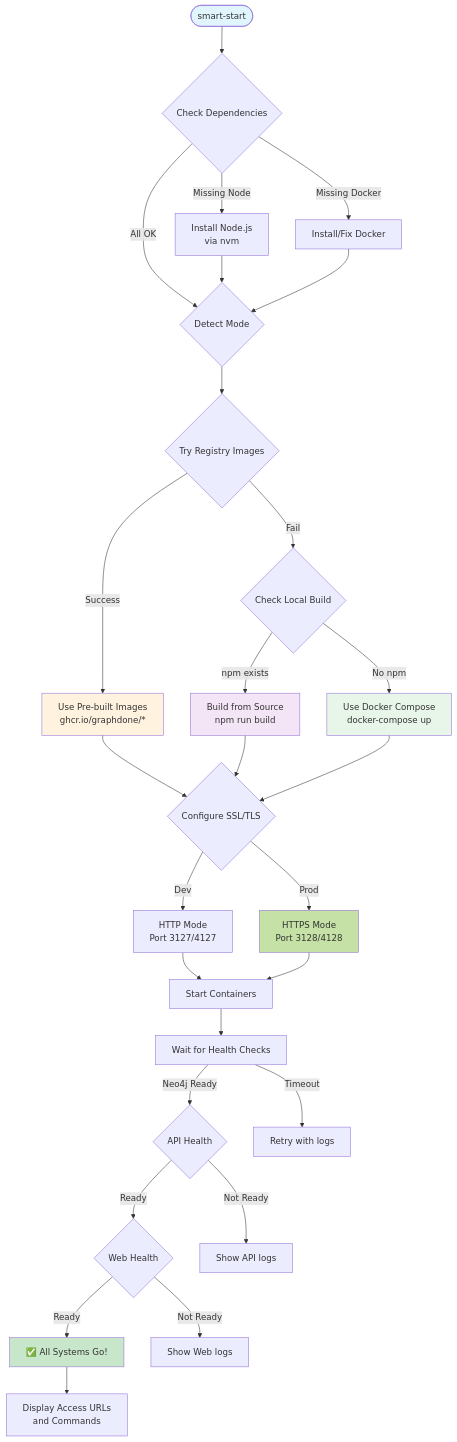
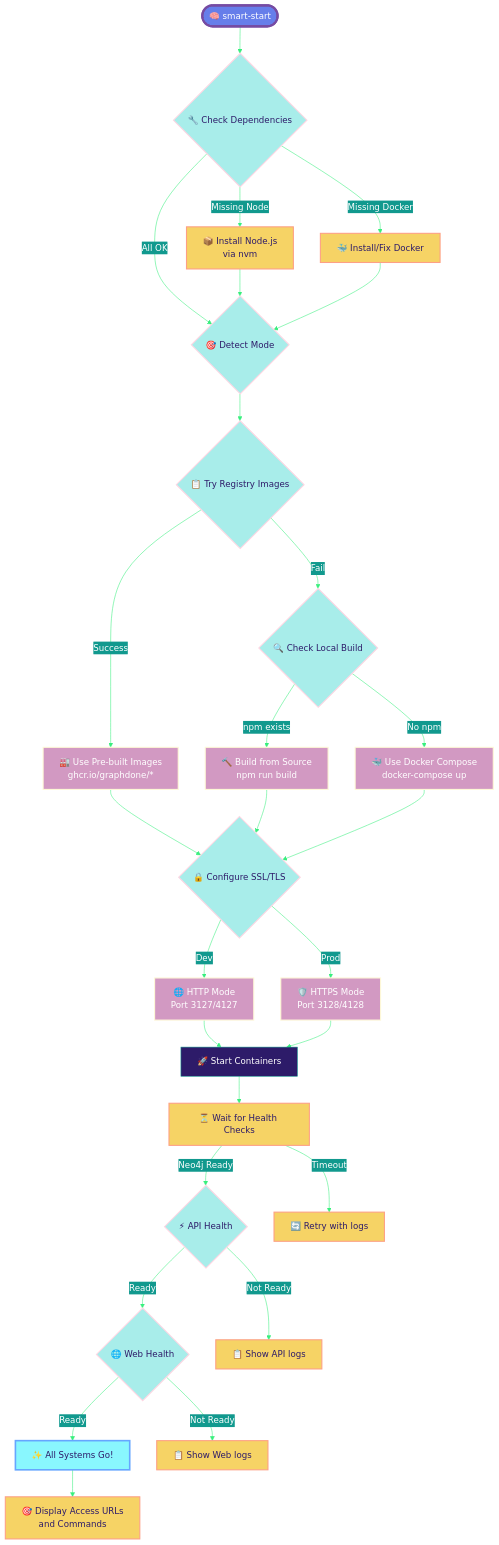
The second of 6 diagrams in docs/installation-flow.md (GraphDone/GraphDone-Core), drawn with Mermaid before and after one commit. The commit also changed other lines of this file, not shown here.

First line of the commit message:
✨ Transform Mermaid diagrams with modern professional styling

````diff
--- a/docs/installation-flow.md
+++ b/docs/installation-flow.md
@@ -52,49 +76,71 @@
 ```mermaid
+%%{init: {
+  'theme': 'base',
+  'themeVariables': {
+    'primaryColor': '#2d1b69',
+    'primaryTextColor': '#ffffff',
+    'primaryBorderColor': '#11998e',
+    'lineColor': '#38ef7d',
+    'secondaryColor': '#11998e',
+    'tertiaryColor': '#38ef7d',
+    'background': '#0f0f23',
+    'mainBkg': '#2d1b69',
+    'secondBkg': '#11998e',
+    'tertiaryBkg': '#38ef7d'
+  }
+}}%%
+
 flowchart TD
-    Start([smart-start]) --> CheckDeps{Check Dependencies}
+    Start([🧠 smart-start]) --> CheckDeps{🔧 Check Dependencies}
     
-    CheckDeps -->|Missing Node| InstallNode[Install Node.js<br/>via nvm]
-    CheckDeps -->|Missing Docker| InstallDocker[Install/Fix Docker]
-    CheckDeps -->|All OK| CheckMode{Detect Mode}
+    CheckDeps -->|Missing Node| InstallNode[📦 Install Node.js<br/>via nvm]
+    CheckDeps -->|Missing Docker| InstallDocker[🐳 Install/Fix Docker]
+    CheckDeps -->|All OK| CheckMode{🎯 Detect Mode}
     
     InstallNode --> CheckMode
     InstallDocker --> CheckMode
     
-    CheckMode --> TryRegistry{Try Registry Images}
+    CheckMode --> TryRegistry{📋 Try Registry Images}
     
-    TryRegistry -->|Success| RegistryMode[Use Pre-built Images<br/>ghcr.io/graphdone/*]
-    TryRegistry -->|Fail| CheckLocal{Check Local Build}
+    TryRegistry -->|Success| RegistryMode[🏭 Use Pre-built Images<br/>ghcr.io/graphdone/*]
+    TryRegistry -->|Fail| CheckLocal{🔍 Check Local Build}
     
-    CheckLocal -->|npm exists| LocalMode[Build from Source<br/>npm run build]
-    CheckLocal -->|No npm| DockerMode[Use Docker Compose<br/>docker-compose up]
+    CheckLocal -->|npm exists| LocalMode[🔨 Build from Source<br/>npm run build]
+    CheckLocal -->|No npm| DockerMode[🐳 Use Docker Compose<br/>docker-compose up]
     
     RegistryMode --> ConfigureSSL
     LocalMode --> ConfigureSSL
-    DockerMode --> ConfigureSSL{Configure SSL/TLS}
+    DockerMode --> ConfigureSSL{🔒 Configure SSL/TLS}
     
-    ConfigureSSL -->|Dev| HTTPMode[HTTP Mode<br/>Port 3127/4127]
-    ConfigureSSL -->|Prod| HTTPSMode[HTTPS Mode<br/>Port 3128/4128]
+    ConfigureSSL -->|Dev| HTTPMode[🌐 HTTP Mode<br/>Port 3127/4127]
+    ConfigureSSL -->|Prod| HTTPSMode[🛡️ HTTPS Mode<br/>Port 3128/4128]
     
     HTTPMode --> StartContainers
-    HTTPSMode --> StartContainers[Start Containers]
+    HTTPSMode --> StartContainers[🚀 Start Containers]
     
-    StartContainers --> WaitHealth[Wait for Health Checks]
+    StartContainers --> WaitHealth[⏳ Wait for Health Checks]
     
     WaitHealth -->|Neo4j Ready| CheckAPI
-    WaitHealth -->|Timeout| Retry[Retry with logs]
+    WaitHealth -->|Timeout| Retry[🔄 Retry with logs]
     
-    CheckAPI{API Health} -->|Ready| CheckWeb
-    CheckAPI -->|Not Ready| ShowAPILogs[Show API logs]
+    CheckAPI{⚡ API Health} -->|Ready| CheckWeb
+    CheckAPI -->|Not Ready| ShowAPILogs[📋 Show API logs]
     
-    CheckWeb{Web Health} -->|Ready| Complete[✅ All Systems Go!]
-    CheckWeb -->|Not Ready| ShowWebLogs[Show Web logs]
+    CheckWeb{🌐 Web Health} -->|Ready| Complete[✨ All Systems Go!]
+    CheckWeb -->|Not Ready| ShowWebLogs[📋 Show Web logs]
     
-    Complete --> DisplayURLs[Display Access URLs<br/>and Commands]
+    Complete --> DisplayURLs[🎯 Display Access URLs<br/>and Commands]
     
-    style Start fill:#e1f5fe
-    style Complete fill:#c8e6c9
-    style RegistryMode fill:#fff3e0
-    style LocalMode fill:#f3e5f5
-    style DockerMode fill:#e8f5e9
-    style HTTPSMode fill:#c5e1a5
+    classDef startStyle fill:#667eea,stroke:#764ba2,stroke-width:4px,color:#ffffff
+    classDef processStyle fill:#f6d365,stroke:#fda085,stroke-width:2px,color:#2d1b69
+    classDef decisionStyle fill:#a8edea,stroke:#fed6e3,stroke-width:2px,color:#2d1b69
+    classDef modeStyle fill:#d299c2,stroke:#fef9d7,stroke-width:2px,color:#ffffff
+    classDef successStyle fill:#89f7fe,stroke:#66a6ff,stroke-width:3px,color:#2d1b69
+    classDef configStyle fill:#ff9a9e,stroke:#fecfef,stroke-width:2px,color:#ffffff
+    
+    class Start startStyle
+    class InstallNode,InstallDocker,WaitHealth,Retry,ShowAPILogs,ShowWebLogs,DisplayURLs processStyle
+    class CheckDeps,CheckMode,TryRegistry,CheckLocal,ConfigureSSL,CheckAPI,CheckWeb decisionStyle
+    class RegistryMode,LocalMode,DockerMode,HTTPMode,HTTPSMode modeStyle
+    class Complete successStyle
 ```
````
